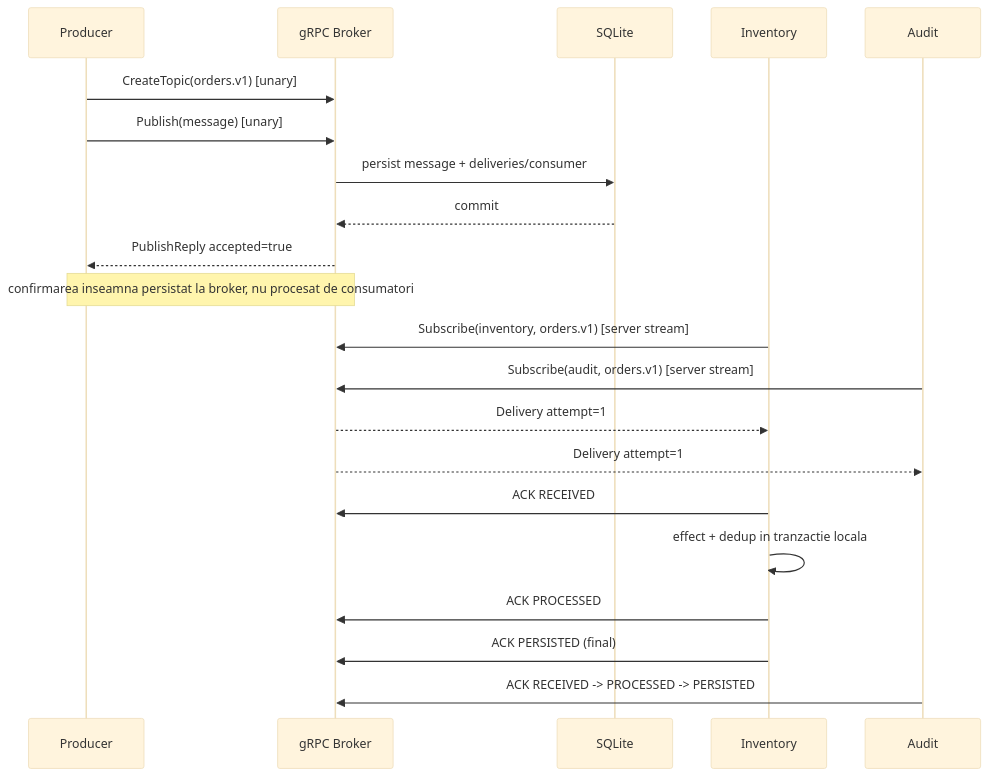
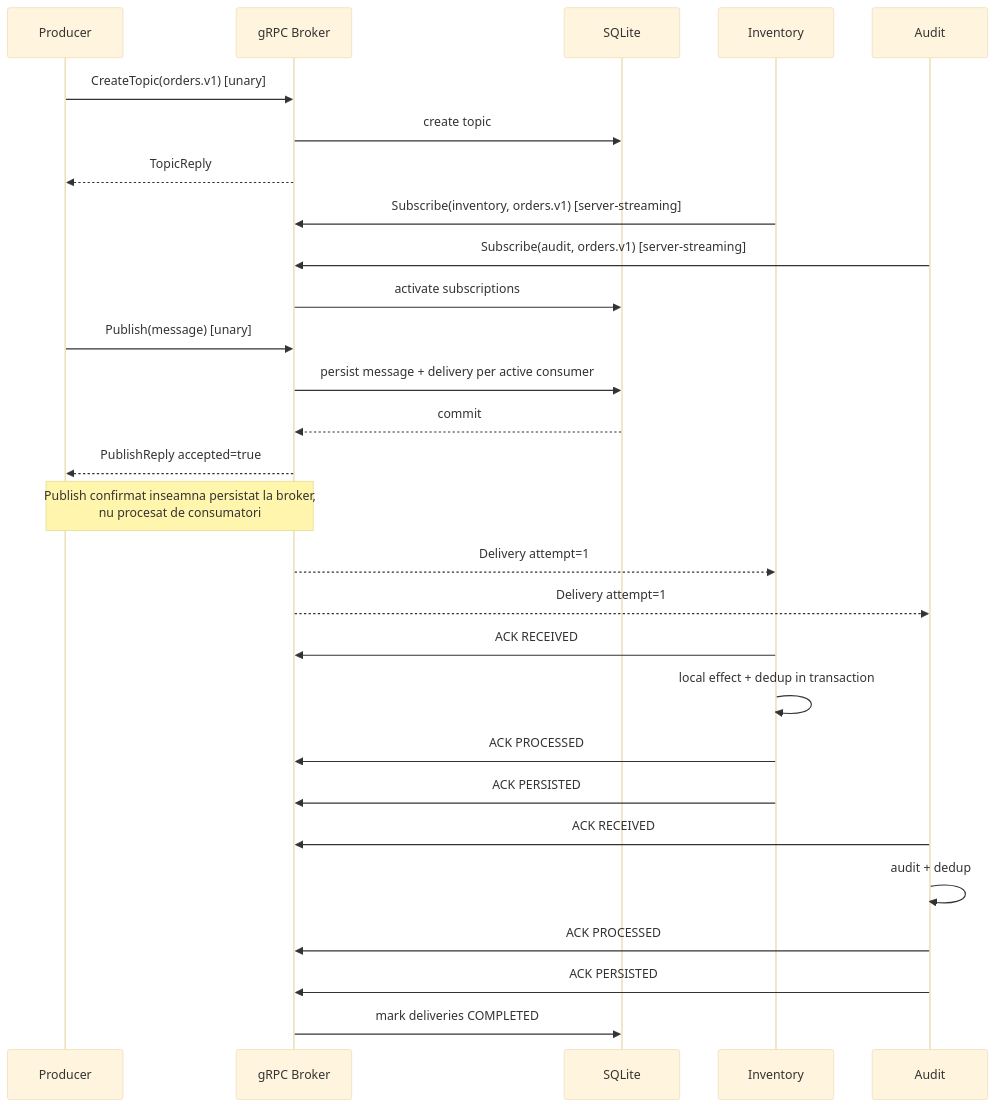
Before and after one commit to Andriana20035/pad-proiect: the diagram in lab2-rpc-grpc-java/docs/diagrams/sequence-normal.mmd, drawn with Mermaid (base theme). The commit also changed 44 other files, not shown here.

```diff
--- a/lab2-rpc-grpc-java/docs/diagrams/sequence-normal.mmd
+++ b/lab2-rpc-grpc-java/docs/diagrams/sequence-normal.mmd
@@ -1,23 +1,36 @@
 sequenceDiagram
     participant P as Producer
     participant B as gRPC Broker
     participant DB as SQLite
     participant I as Inventory
     participant A as Audit
 
     P->>B: CreateTopic(orders.v1) [unary]
+    B->>DB: create topic
+    B-->>P: TopicReply
+
+    I->>B: Subscribe(inventory, orders.v1) [server-streaming]
+    A->>B: Subscribe(audit, orders.v1) [server-streaming]
+    B->>DB: activate subscriptions
+
     P->>B: Publish(message) [unary]
-    B->>DB: persist message + deliveries/consumer
+    B->>DB: persist message + delivery per active consumer
     DB-->>B: commit
     B-->>P: PublishReply accepted=true
-    Note over P,B: confirmarea inseamna persistat la broker, nu procesat de consumatori
 
-    I->>B: Subscribe(inventory, orders.v1) [server stream]
-    A->>B: Subscribe(audit, orders.v1) [server stream]
+    Note over P,B: Publish confirmat inseamna persistat la broker,<br/>nu procesat de consumatori
+
     B-->>I: Delivery attempt=1
     B-->>A: Delivery attempt=1
+
     I->>B: ACK RECEIVED
-    I->>I: effect + dedup in tranzactie locala
+    I->>I: local effect + dedup in transaction
     I->>B: ACK PROCESSED
-    I->>B: ACK PERSISTED (final)
-    A->>B: ACK RECEIVED -> PROCESSED -> PERSISTED
+    I->>B: ACK PERSISTED
+
+    A->>B: ACK RECEIVED
+    A->>A: audit + dedup
+    A->>B: ACK PROCESSED
+    A->>B: ACK PERSISTED
+
+    B->>DB: mark deliveries COMPLETED
```
